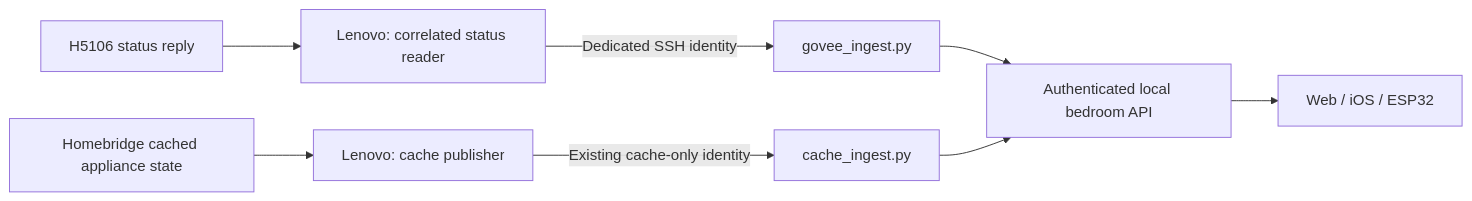
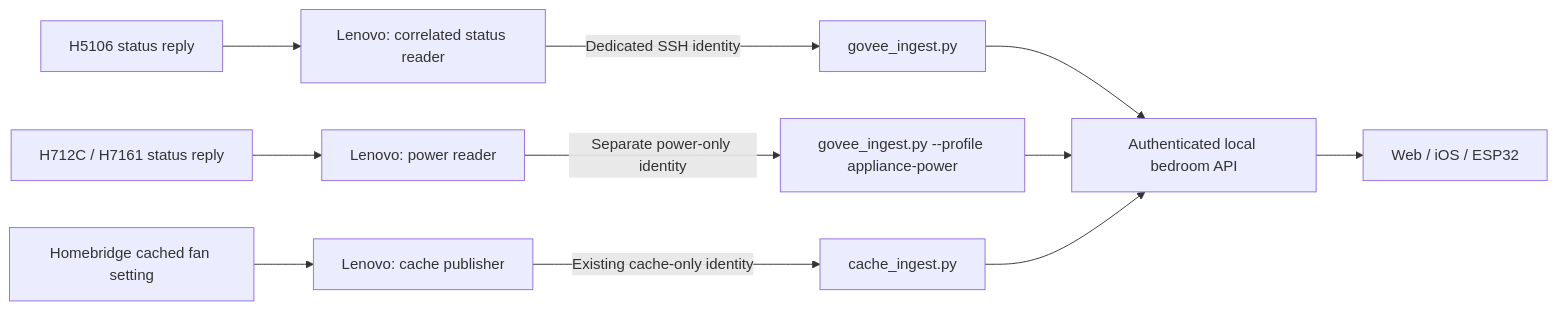
Before and after one commit to lucaandrea/sleepypod-core: the diagram in scripts/bedroom/README.md, drawn with Mermaid. The commit also changed other lines of this file and 13 other files, not shown here.

First line of the commit message:
feat: read live Govee appliance power states

````diff
--- a/scripts/bedroom/README.md
+++ b/scripts/bedroom/README.md
@@ -8,10 +8,13 @@
 ```mermaid
 flowchart LR
   Govee[H5106 status reply] --> Reader[Lenovo: correlated status reader]
-  HAP[Homebridge cached appliance state] --> Cache[Lenovo: cache publisher]
+  Appliances[H712C / H7161 status reply] --> Power[Lenovo: power reader]
+  HAP[Homebridge cached fan setting] --> Cache[Lenovo: cache publisher]
   Reader -->|Dedicated SSH identity| Qualified[govee_ingest.py]
+  Power -->|Separate power-only identity| PowerReceiver[govee_ingest.py --profile appliance-power]
   Cache -->|Existing cache-only identity| Cached[cache_ingest.py]
   Qualified --> API[Authenticated local bedroom API]
+  PowerReceiver --> API
   Cached --> API
   API --> Apps[Web / iOS / ESP32]
 ```
````
